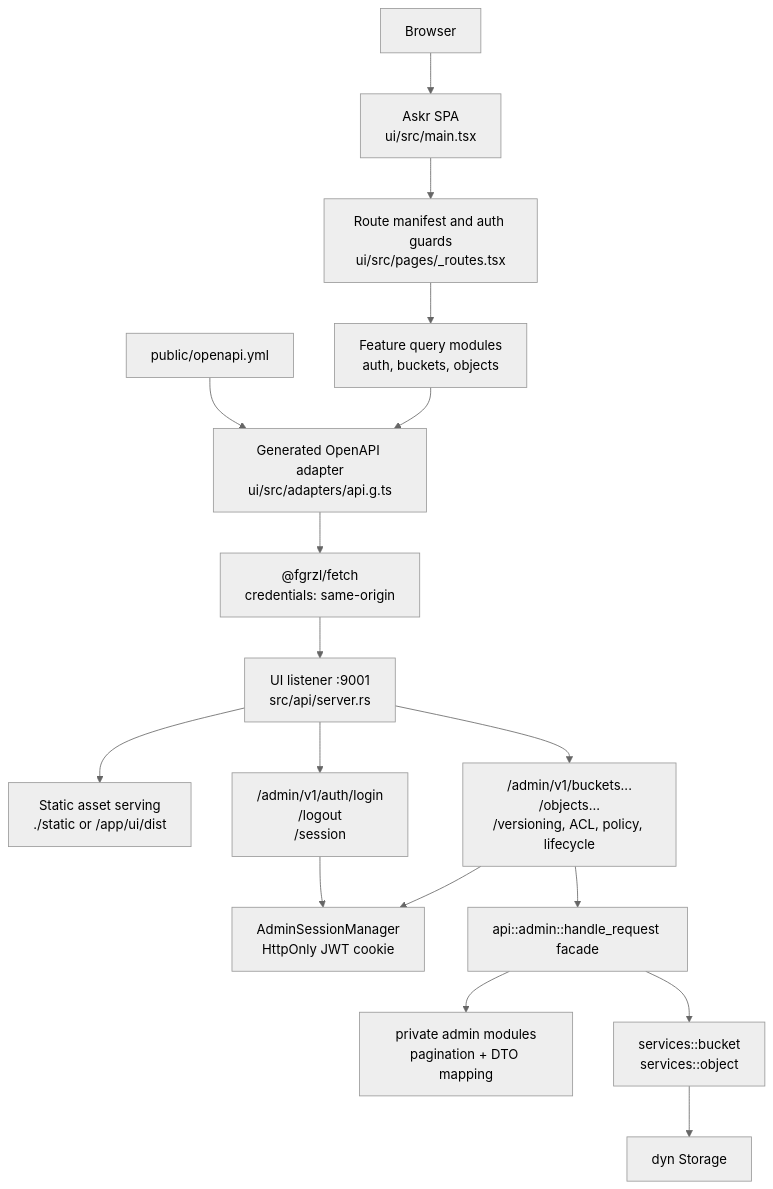
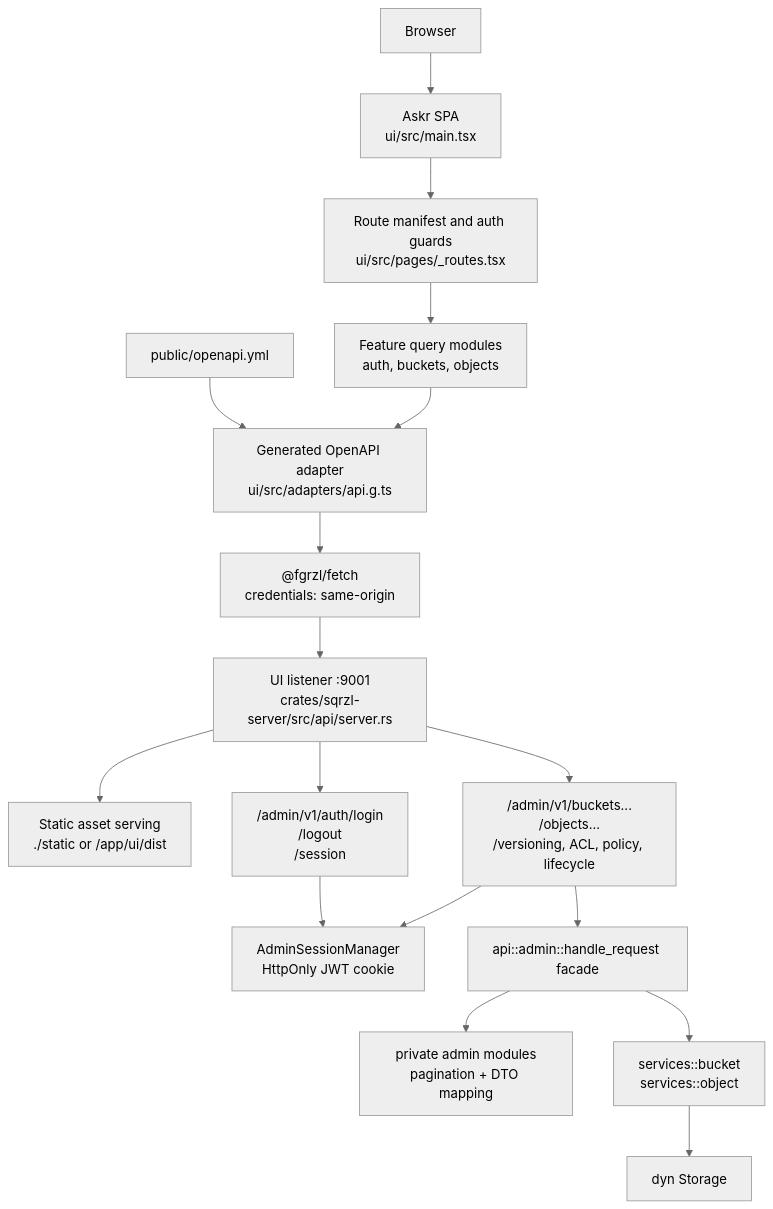
Before and after one commit to sqrzl/sqrzl-emulator: the fifth of 11 diagrams in docs/architecture.md, drawn with Mermaid (neutral theme). The commit also changed other lines of this file and 93 other files, not shown here.

````diff
--- a/docs/architecture.md
+++ b/docs/architecture.md
@@ -265,32 +267,32 @@
 ```mermaid
 flowchart TB
     Browser["Browser"]
     Askr["Askr SPA<br/>ui/src/main.tsx"]
     Routes["Route manifest and auth guards<br/>ui/src/pages/_routes.tsx"]
     Features["Feature query modules<br/>auth, buckets, objects"]
     GeneratedClient["Generated OpenAPI adapter<br/>ui/src/adapters/api.g.ts"]
     FetchClient["@fgrzl/fetch<br/>credentials: same-origin"]
 
-    UiListener["UI listener :9001<br/>src/api/server.rs"]
+    UiListener["UI listener :9001<br/>crates/sqrzl-server/src/api/server.rs"]
     Static["Static asset serving<br/>./static or /app/ui/dist"]
     SessionRoutes["/admin/v1/auth/login<br/>/logout<br/>/session"]
     AdminRoutes["/admin/v1/buckets...<br/>/objects...<br/>/versioning, ACL, policy, lifecycle"]
     SessionManager["AdminSessionManager<br/>HttpOnly JWT cookie"]
     AdminHandler["api::admin::handle_request facade"]
     AdminInternals["private admin modules<br/>pagination + DTO mapping"]
     Services["services::bucket<br/>services::object"]
     Storage["dyn Storage"]
     OpenApi["public/openapi.yml"]
 
     OpenApi --> GeneratedClient
     Browser --> Askr --> Routes --> Features --> GeneratedClient --> FetchClient
     FetchClient --> UiListener
     UiListener --> Static
     UiListener --> SessionRoutes
     UiListener --> AdminRoutes
     SessionRoutes --> SessionManager
     AdminRoutes --> SessionManager
     AdminRoutes --> AdminHandler --> AdminInternals
     AdminHandler --> Services
     Services --> Storage
 ```
````
